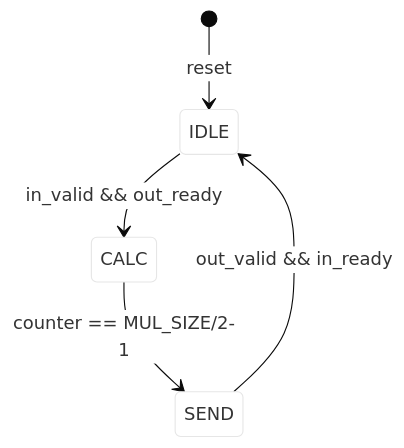
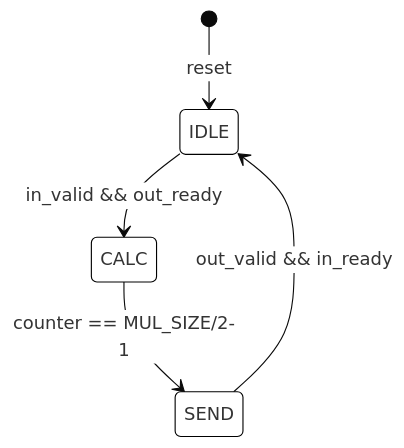
The diagram in Lab_3/Booth4_multiplier/README.md (EsaLongs/EESM6000C_CL), drawn with Mermaid before and after one commit.

````diff
--- a/Lab_3/Booth4_multiplier/README.md
+++ b/Lab_3/Booth4_multiplier/README.md
@@ -10,17 +10,18 @@
 ```mermaid
 
 %%{
   init: {
     'theme': 'base',
     'themeVariables': {
-      'primaryColor': '#fff'
+      'primaryColor': '#ffffff',
+      'primaryBorderColor': '#000000'
     }
   }
 }%%
 
 stateDiagram-v2
     [*] --> IDLE : reset
     IDLE --> CALC : in_valid && out_ready
     CALC --> SEND : counter == MUL_SIZE/2-1
     SEND --> IDLE : out_valid && in_ready
 ```
````
